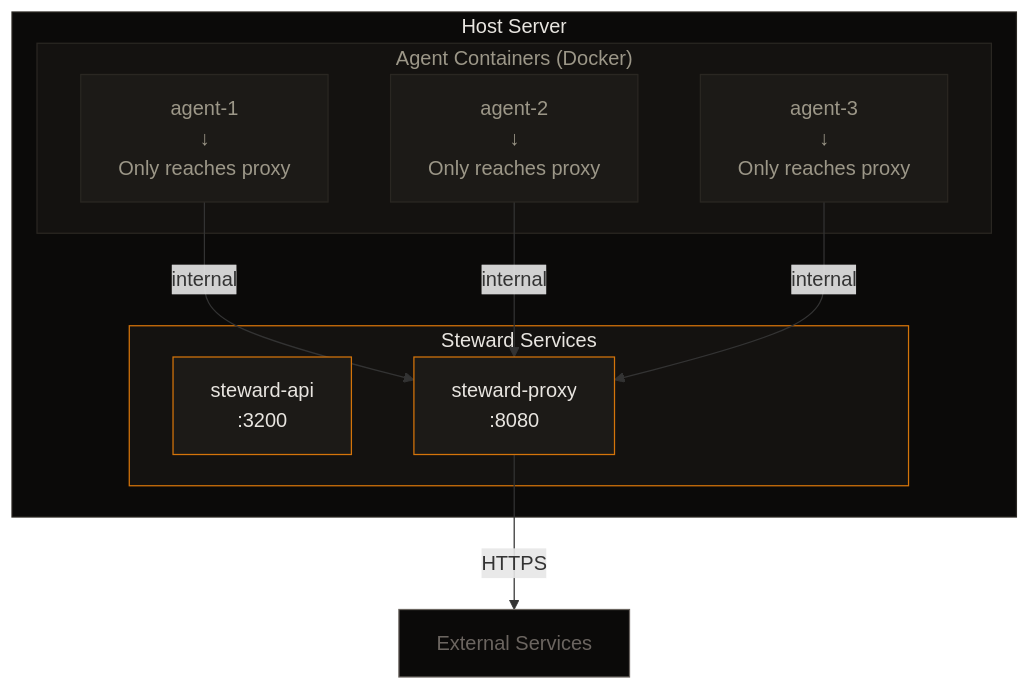
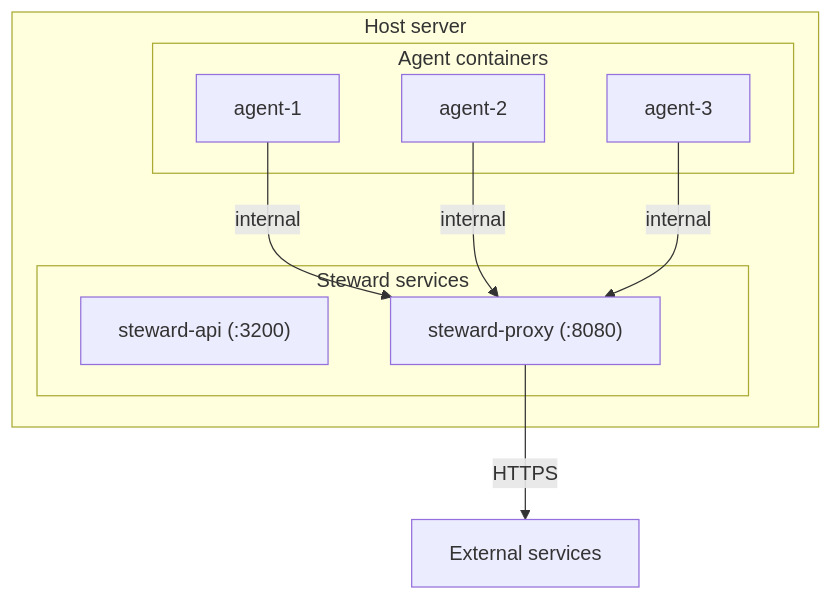
Before and after one commit to Steward-Fi/steward: the fourth of 5 diagrams in docs/concepts/architecture.mdx, drawn with Mermaid. The commit also changed other lines of this file, not shown here.

Commit message:
fix(docs): clean up mermaid diagram syntax for mintlify

````diff
--- a/docs/concepts/architecture.mdx
+++ b/docs/concepts/architecture.mdx
@@ -128,31 +116,21 @@
 ```mermaid
 flowchart TB
-    subgraph host["Host Server"]
-        subgraph services["Steward Services"]
-            API["steward-api\n:3200"]
-            PRX["steward-proxy\n:8080"]
+    subgraph host["Host server"]
+        subgraph services["Steward services"]
+            API["steward-api (:3200)"]
+            PRX["steward-proxy (:8080)"]
         end
 
-        subgraph agents["Agent Containers (Docker)"]
-            A1["agent-1\n↓\nOnly reaches proxy"]
-            A2["agent-2\n↓\nOnly reaches proxy"]
-            A3["agent-3\n↓\nOnly reaches proxy"]
+        subgraph agents["Agent containers"]
+            A1["agent-1"]
+            A2["agent-2"]
+            A3["agent-3"]
         end
 
-        A1 -->|internal| PRX
-        A2 -->|internal| PRX
-        A3 -->|internal| PRX
+        A1 -->|"internal"| PRX
+        A2 -->|"internal"| PRX
+        A3 -->|"internal"| PRX
     end
 
-    PRX -->|HTTPS| EXT["External Services"]
-
-    style host fill:#0b0a09,stroke:#2a2722,color:#e8e5e0
-    style services fill:#141210,stroke:#D4740A,color:#e8e5e0
-    style agents fill:#141210,stroke:#2a2722,color:#9c9788
-    style API fill:#1c1a17,stroke:#D4740A,color:#e8e5e0
-    style PRX fill:#1c1a17,stroke:#D4740A,color:#e8e5e0
-    style A1 fill:#1c1a17,stroke:#2a2722,color:#9c9788
-    style A2 fill:#1c1a17,stroke:#2a2722,color:#9c9788
-    style A3 fill:#1c1a17,stroke:#2a2722,color:#9c9788
-    style EXT fill:#0b0a09,stroke:#6b6560,color:#6b6560
+    PRX -->|"HTTPS"| EXT["External services"]
 ```
````
